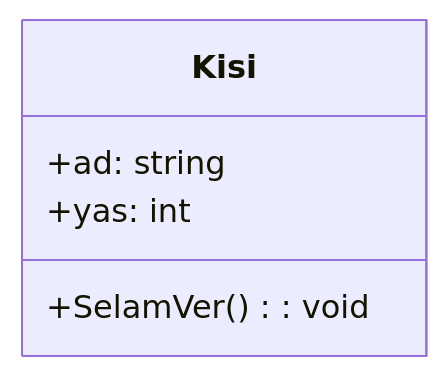
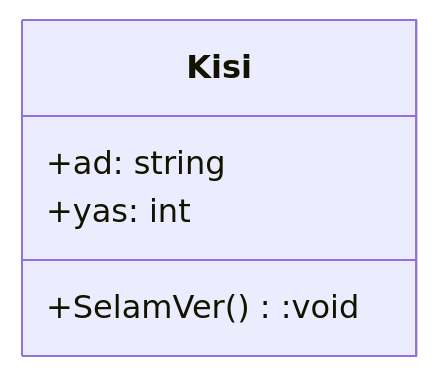
Before and after one commit to ibrahimayaz/Nesne-Yonelimli-Programlama-2025: the diagram in Hafta01/README.md, drawn with Mermaid.

````diff
--- a/Hafta01/README.md
+++ b/Hafta01/README.md
@@ -55,8 +55,8 @@
 ```mermaid
 classDiagram
     class Kisi {
       +ad: string
       +yas: int
-      +SelamVer(): void
+      +SelamVer():void
     }
 ```
````
